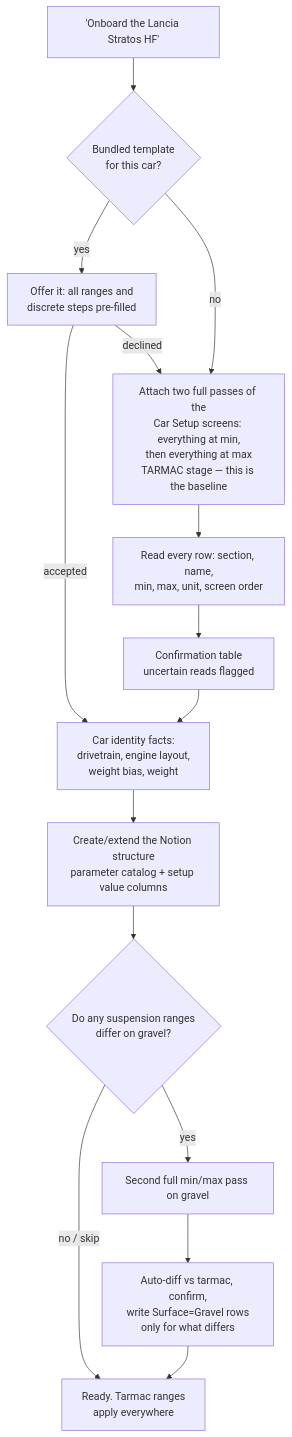
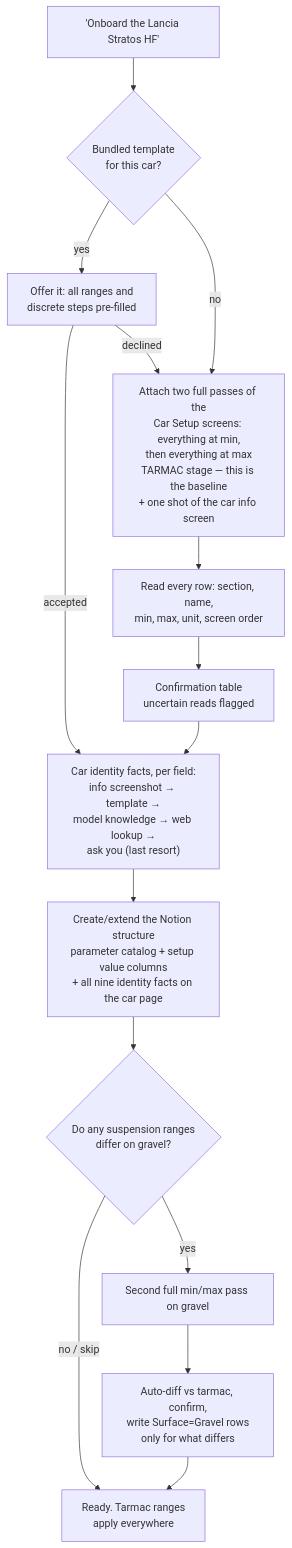
The fourth of 6 diagrams in README.md (fredmayor88/acr-setup-engineer), drawn with Mermaid before and after one commit. The commit also changed other lines of this file and 7 other files, not shown here.

Commit message:
add reading car's identity facts from in-game screenshot

````diff
--- a/README.md
+++ b/README.md
@@ -392,21 +399,21 @@
 ```mermaid
 flowchart TD
     Req["'Onboard the Lancia Stratos HF'"] --> Tpl{"Bundled template<br/>for this car?"}
 
     Tpl -->|"yes"| Offer["Offer it: all ranges and<br/>discrete steps pre-filled"]
     Offer -->|"accepted"| Facts
     Offer -->|"declined"| Shots
-    Tpl -->|"no"| Shots["Attach two full passes of the<br/>Car Setup screens: everything at min,<br/>then everything at max<br/>TARMAC stage — this is the baseline"]
+    Tpl -->|"no"| Shots["Attach two full passes of the<br/>Car Setup screens: everything at min,<br/>then everything at max<br/>TARMAC stage — this is the baseline<br/>+ one shot of the car info screen"]
 
     Shots --> Extract["Read every row: section, name,<br/>min, max, unit, screen order"]
     Extract --> Confirm["Confirmation table<br/>uncertain reads flagged"]
-    Confirm --> Facts["Car identity facts:<br/>drivetrain, engine layout,<br/>weight bias, weight"]
+    Confirm --> Facts["Car identity facts, per field:<br/>info screenshot → template →<br/>model knowledge → web lookup →<br/>ask you (last resort)"]
 
-    Facts --> Notion["Create/extend the Notion structure<br/>parameter catalog + setup value columns"]
+    Facts --> Notion["Create/extend the Notion structure<br/>parameter catalog + setup value columns<br/>+ all nine identity facts on the car page"]
     Notion --> Gravel{"Do any suspension ranges<br/>differ on gravel?"}
 
     Gravel -->|"no / skip"| Done["Ready. Tarmac ranges<br/>apply everywhere"]
     Gravel -->|"yes"| Second["Second full min/max pass on gravel"]
     Second --> Diff["Auto-diff vs tarmac, confirm,<br/>write Surface=Gravel rows<br/>only for what differs"]
     Diff --> Done
 ```
````
